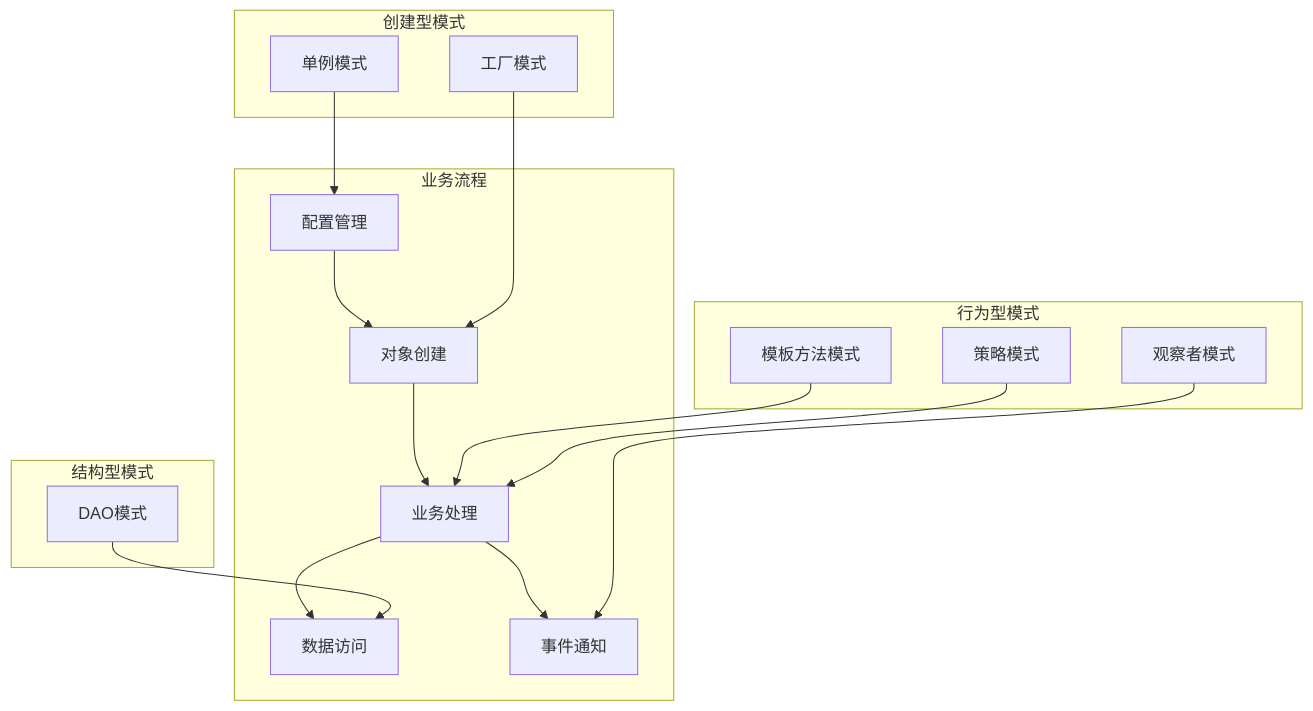
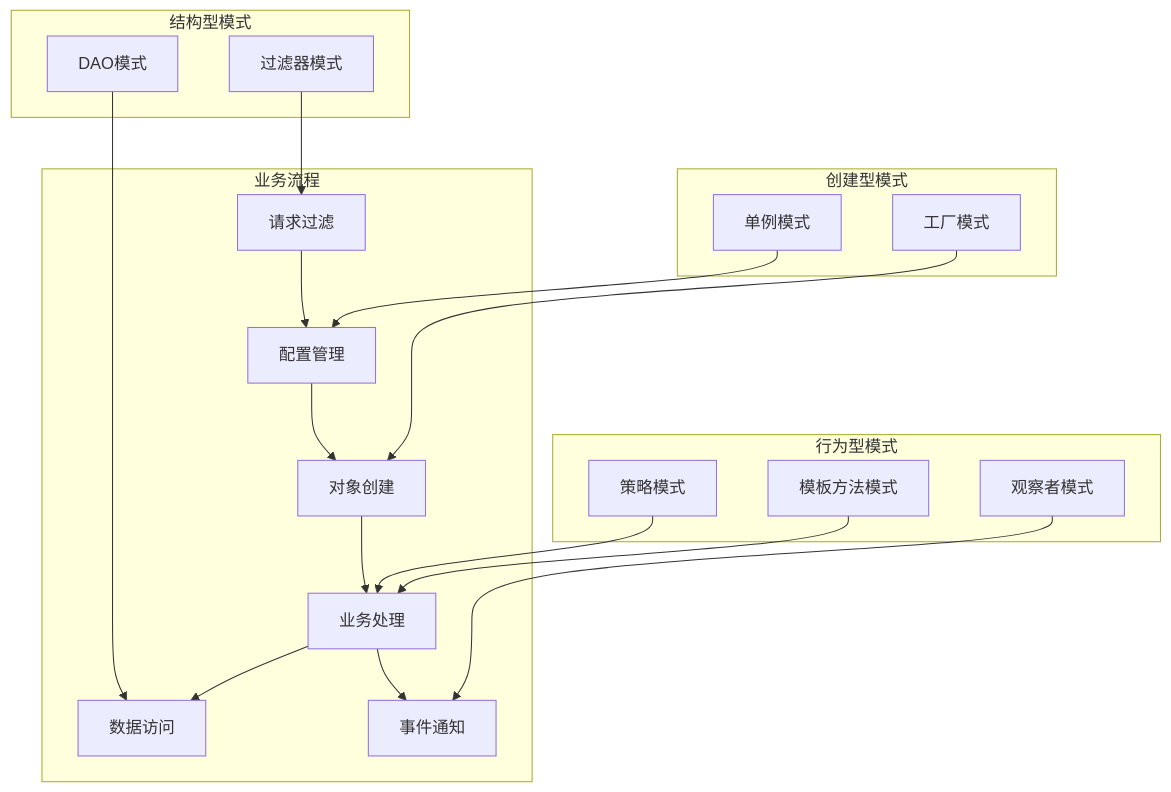
The seventh of 7 diagrams in docs/09-设计模式应用.md (tyz20050812tyz/hotel_managment_System), drawn with Mermaid before and after one commit. The commit also changed other lines of this file, not shown here.

````diff
--- a/docs/09-设计模式应用.md
+++ b/docs/09-设计模式应用.md
@@ -1400,37 +1530,41 @@
 ```mermaid
 graph TB
     subgraph "创建型模式"
         S[单例模式]
         F[工厂模式]
     end
     
     subgraph "结构型模式"
         D[DAO模式]
+        FT[过滤器模式]
     end
     
     subgraph "行为型模式"
         ST[策略模式]
         TM[模板方法模式]
         O[观察者模式]
     end
     
     subgraph "业务流程"
         Config[配置管理]
         Create[对象创建]
         Business[业务处理]
         Data[数据访问]
         Event[事件通知]
+        Filter[请求过滤]
     end
     
     S --> Config
     F --> Create
     D --> Data
     ST --> Business
     TM --> Business
     O --> Event
+    FT --> Filter
     
+    Filter --> Config
     Config --> Create
     Create --> Business
     Business --> Data
     Business --> Event
 ```
````
